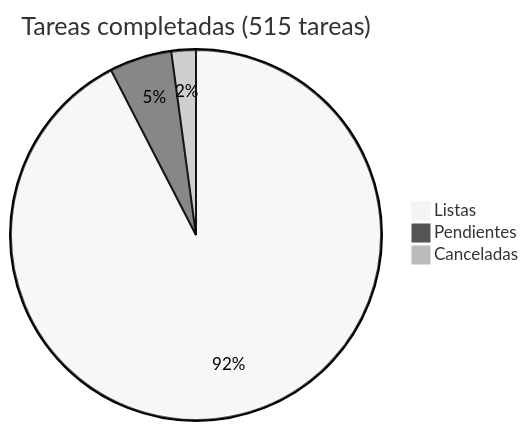
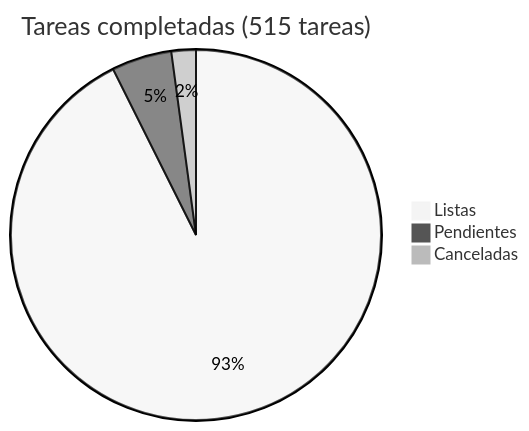
Before and after one commit to araguaney-lat/araguaney: the diagram in docs/roadmap/README.md, drawn with Mermaid (neutral theme). The commit also changed other lines of this file and 6 other files, not shown here.

````diff
--- a/docs/roadmap/README.md
+++ b/docs/roadmap/README.md
@@ -5,6 +5,6 @@
 ```mermaid
 pie title Tareas completadas (515 tareas)
-    "Listas" : 476
-    "Pendientes" : 28
+    "Listas" : 477
+    "Pendientes" : 27
     "Canceladas" : 11
 ```
````
